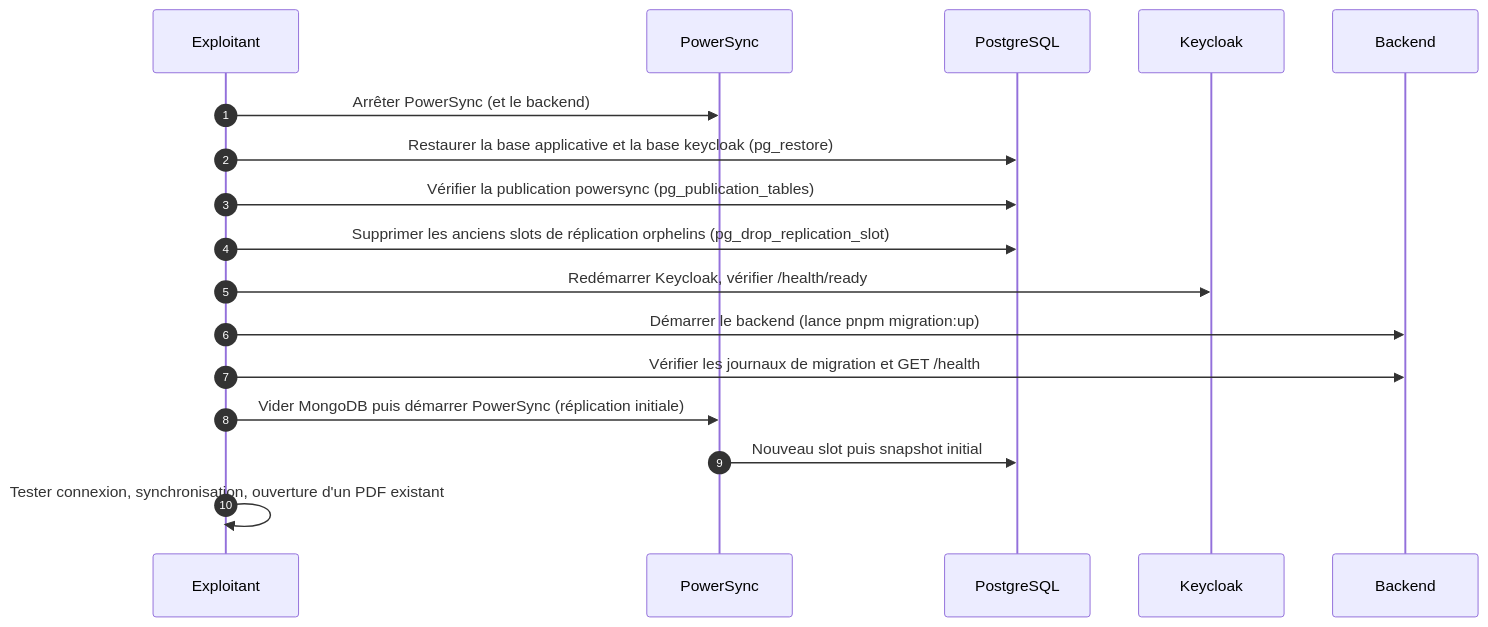
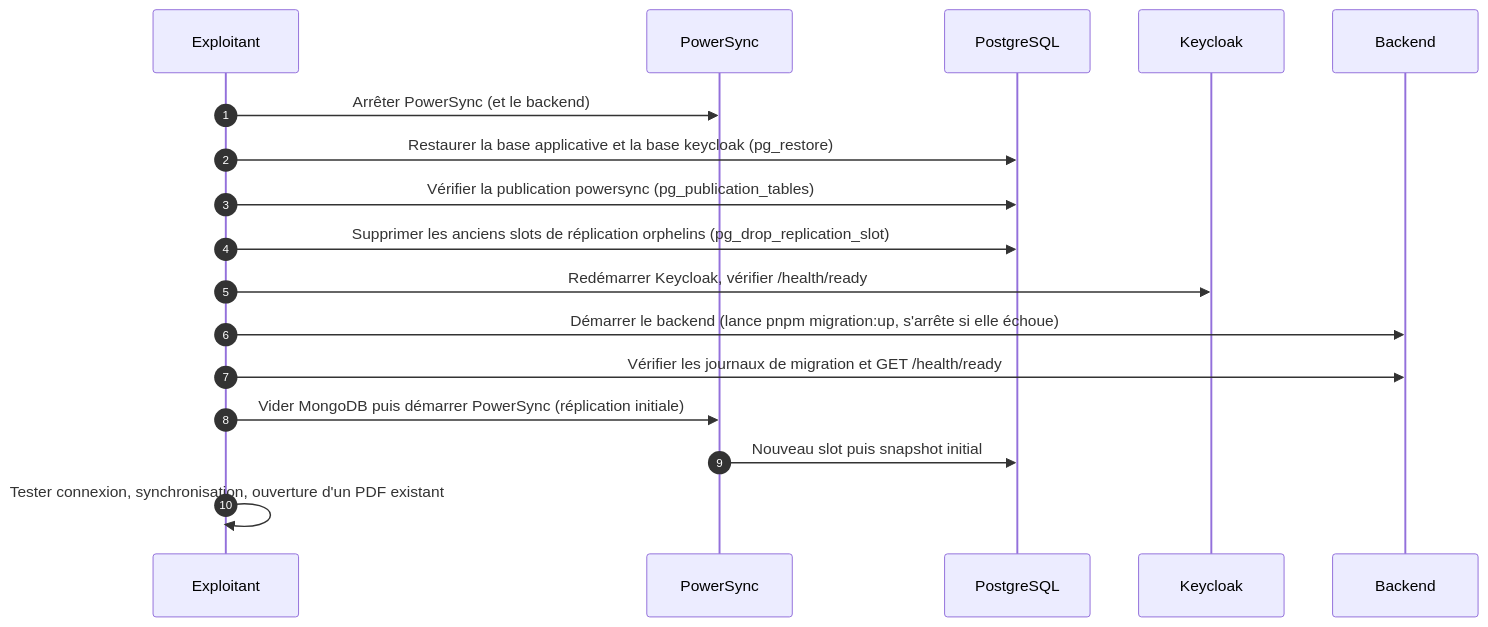
Before and after one commit to betagouv/patrinotes: the second of 4 diagrams in docs/12-exploitation-et-supervision.md, drawn with Mermaid. The commit also changed other lines of this file and 18 other files, not shown here.

````diff
--- a/docs/12-exploitation-et-supervision.md
+++ b/docs/12-exploitation-et-supervision.md
@@ -378,19 +388,19 @@
 ```mermaid
 sequenceDiagram
     autonumber
     participant Ops as Exploitant
     participant PS as PowerSync
     participant PG as PostgreSQL
     participant KC as Keycloak
     participant BE as Backend
     Ops->>PS: Arrêter PowerSync (et le backend)
     Ops->>PG: Restaurer la base applicative et la base keycloak (pg_restore)
     Ops->>PG: Vérifier la publication powersync (pg_publication_tables)
     Ops->>PG: Supprimer les anciens slots de réplication orphelins (pg_drop_replication_slot)
     Ops->>KC: Redémarrer Keycloak, vérifier /health/ready
-    Ops->>BE: Démarrer le backend (lance pnpm migration:up)
-    Ops->>BE: Vérifier les journaux de migration et GET /health
+    Ops->>BE: Démarrer le backend (lance pnpm migration:up, s'arrête si elle échoue)
+    Ops->>BE: Vérifier les journaux de migration et GET /health/ready
     Ops->>PS: Vider MongoDB puis démarrer PowerSync (réplication initiale)
     PS->>PG: Nouveau slot puis snapshot initial
     Ops->>Ops: Tester connexion, synchronisation, ouverture d'un PDF existant
 ```
````
